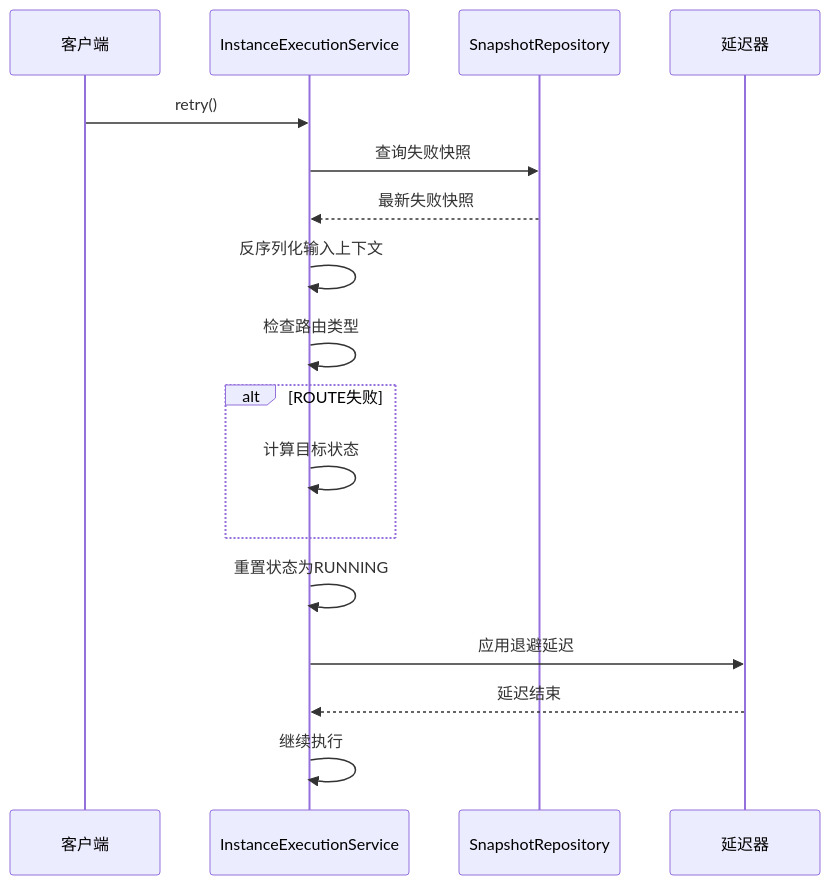
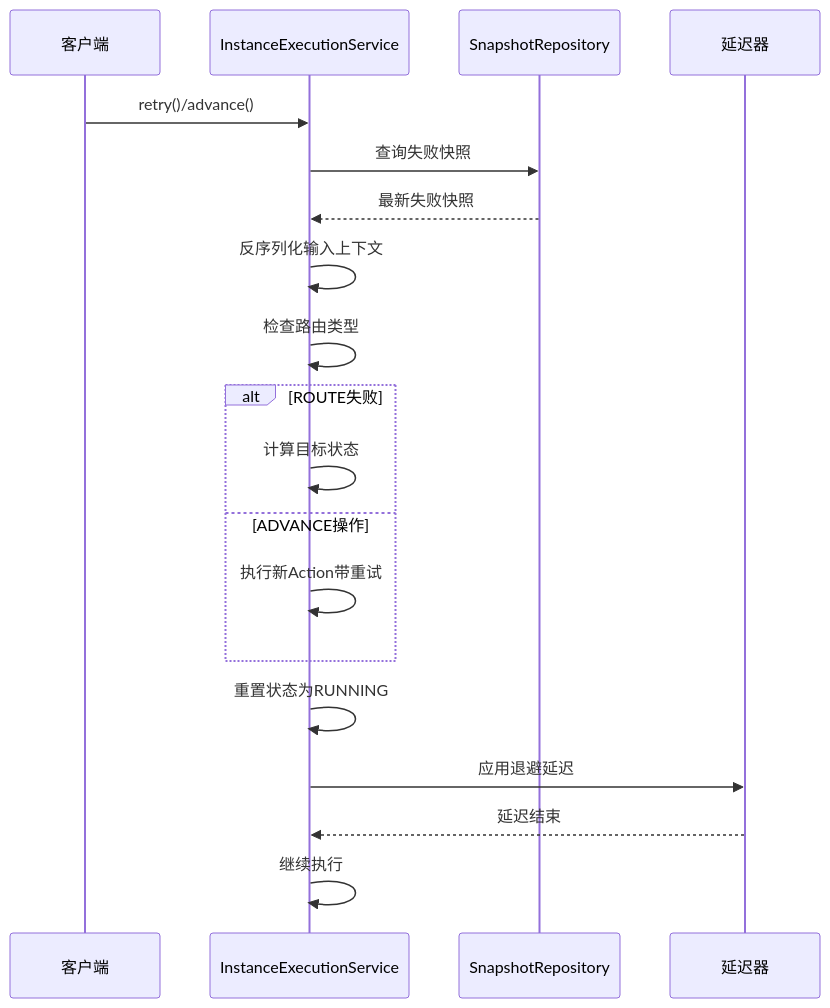
The tenth of 18 diagrams in .qoder/repowiki/zh/content/快照与恢复/实例恢复机制.md (xiaoche80s-tech/state-machine-parent), drawn with Mermaid before and after one commit. The commit also changed other lines of this file and 7 other files, not shown here.

````diff
--- a/.qoder/repowiki/zh/content/快照与恢复/实例恢复机制.md
+++ b/.qoder/repowiki/zh/content/快照与恢复/实例恢复机制.md
@@ -302,19 +318,21 @@
 ```mermaid
 sequenceDiagram
 participant Client as 客户端
 participant Service as InstanceExecutionService
 participant Repo as SnapshotRepository
 participant Delay as 延迟器
-Client->>Service : retry()
+Client->>Service : retry()/advance()
 Service->>Repo : 查询失败快照
 Repo-->>Service : 最新失败快照
 Service->>Service : 反序列化输入上下文
 Service->>Service : 检查路由类型
 alt ROUTE失败
 Service->>Service : 计算目标状态
+else ADVANCE操作
+Service->>Service : 执行新Action带重试
 end
 Service->>Service : 重置状态为RUNNING
 Service->>Delay : 应用退避延迟
 Delay-->>Service : 延迟结束
 Service->>Service : 继续执行
 ```
````
